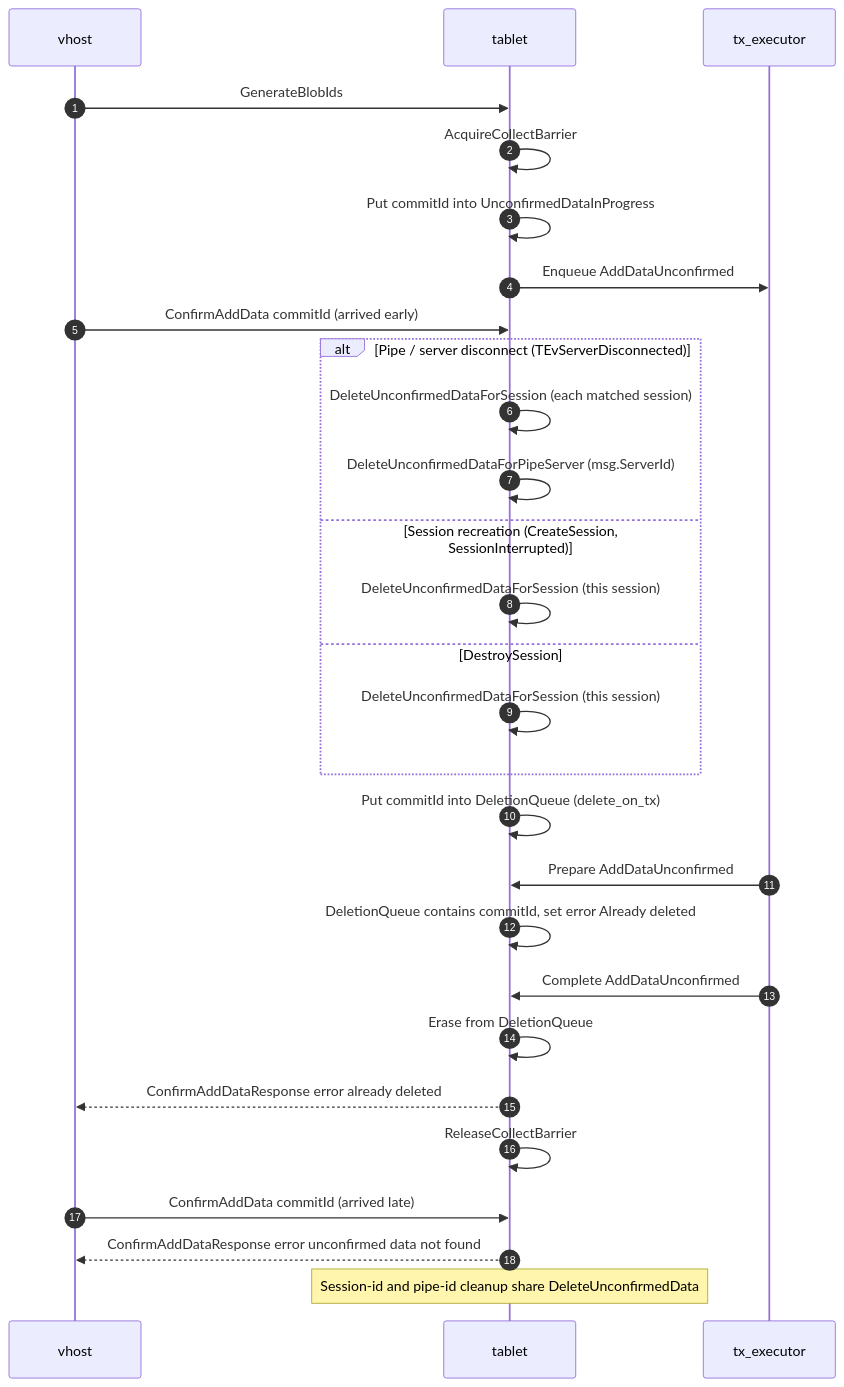
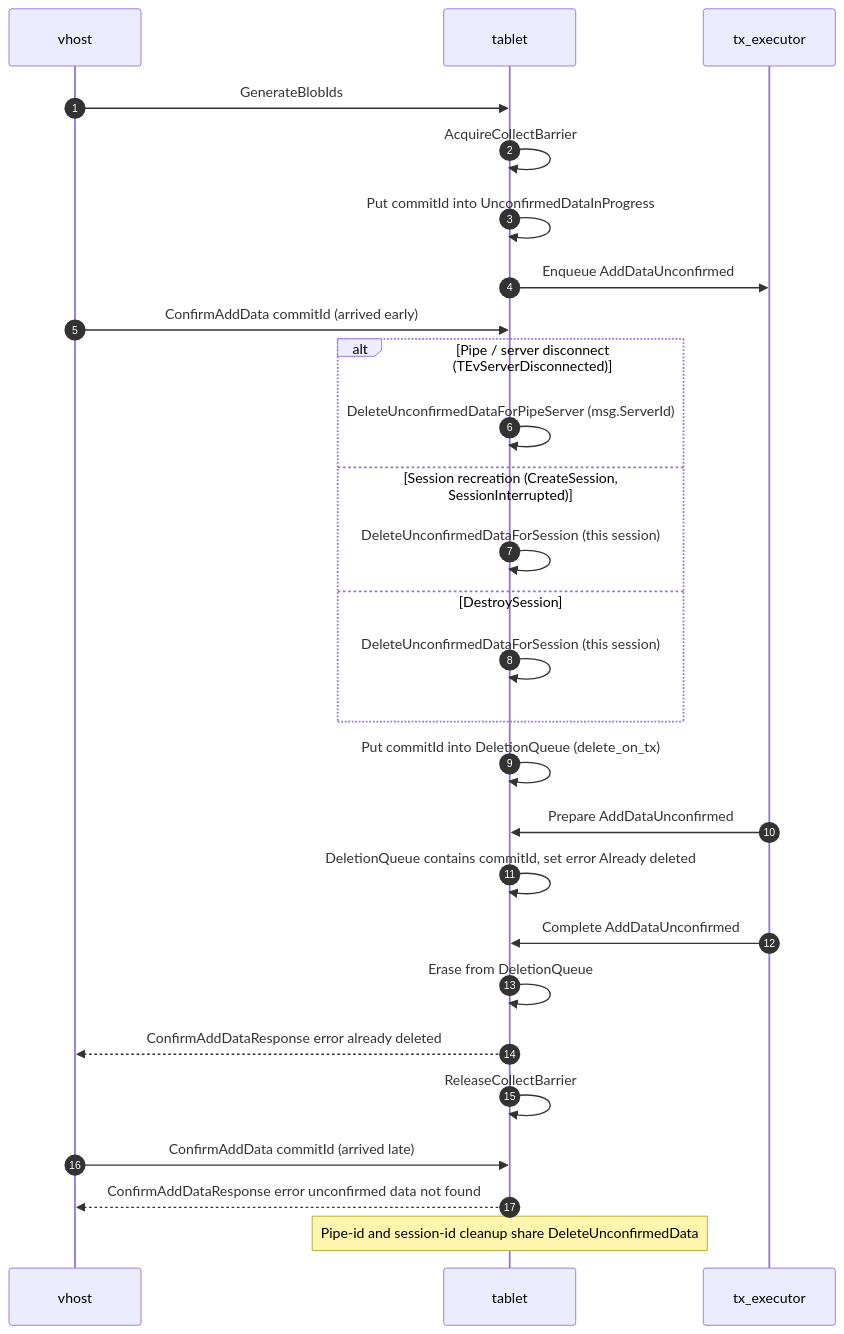
The sixth of 10 diagrams in doc/filestore/design/unconfirmed_three_stage_write.md (ydb-platform/nbs), drawn with Mermaid before and after one commit. The commit also changed other lines of this file and 8 other files, not shown here.

Commit message:
Filestore: remove unneded deletion unconfirmed data by session

````diff
--- a/doc/filestore/design/unconfirmed_three_stage_write.md
+++ b/doc/filestore/design/unconfirmed_three_stage_write.md
@@ -383,36 +389,35 @@
 ```mermaid
 sequenceDiagram
     autonumber
     participant V as vhost
     participant T as tablet
     participant X as tx_executor
 
     V->>T: GenerateBlobIds
     T->>T: AcquireCollectBarrier
     T->>T: Put commitId into UnconfirmedDataInProgress
     T->>X: Enqueue AddDataUnconfirmed
 
     V->>T: ConfirmAddData commitId (arrived early)
 
     alt Pipe / server disconnect (TEvServerDisconnected)
-        T->>T: DeleteUnconfirmedDataForSession (each matched session)
         T->>T: DeleteUnconfirmedDataForPipeServer (msg.ServerId)
     else Session recreation (CreateSession, SessionInterrupted)
         T->>T: DeleteUnconfirmedDataForSession (this session)
     else DestroySession
         T->>T: DeleteUnconfirmedDataForSession (this session)
     end
 
     T->>T: Put commitId into DeletionQueue (delete_on_tx)
     X->>T: Prepare AddDataUnconfirmed
     T->>T: DeletionQueue contains commitId, set error Already deleted
     X->>T: Complete AddDataUnconfirmed
     T->>T: Erase from DeletionQueue
     T-->>V: ConfirmAddDataResponse error already deleted
     T->>T: ReleaseCollectBarrier
 
     V->>T: ConfirmAddData commitId (arrived late)
     T-->>V: ConfirmAddDataResponse error unconfirmed data not found
 
-    Note over T: Session-id and pipe-id cleanup share DeleteUnconfirmedData
+    Note over T: Pipe-id and session-id cleanup share DeleteUnconfirmedData
 ```
````
